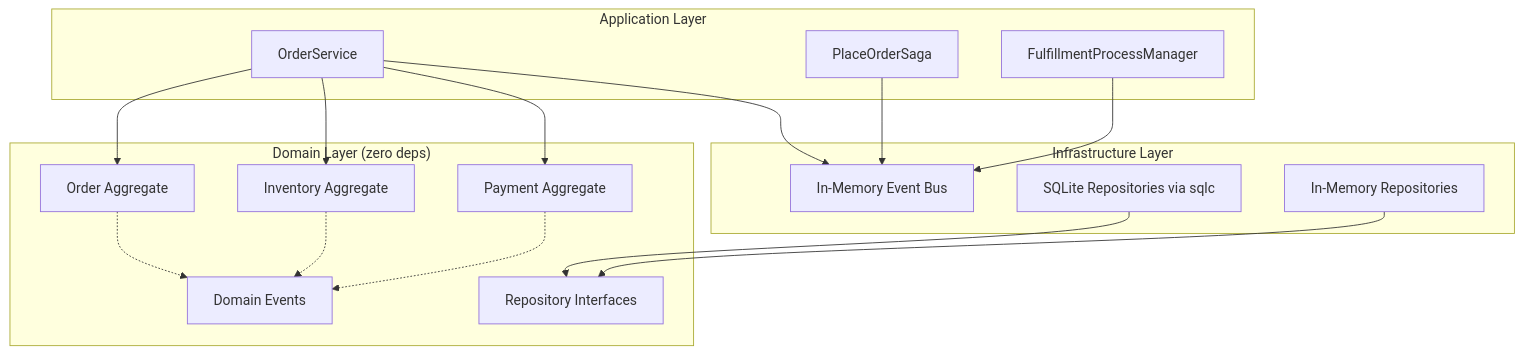
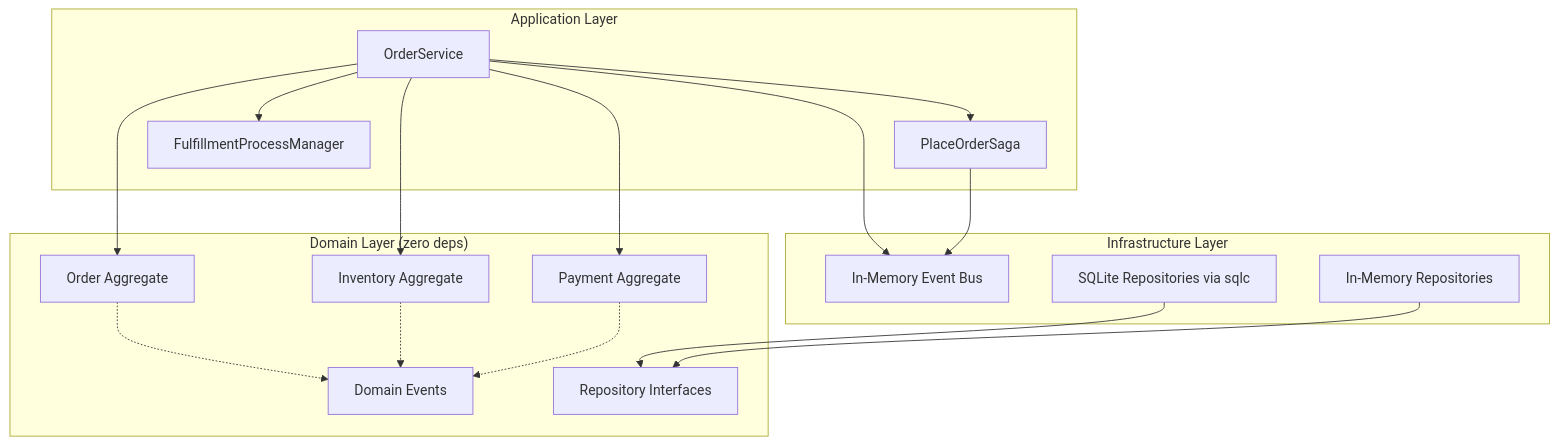
The diagram in PLAN.md (rodrigo-toledo/ddd-sandbox), drawn with Mermaid before and after one commit. The commit also changed other lines of this file and 3 other files, not shown here.

Commit message:
fix inconsistencies: docs, dead code, mermaid diagram

````diff
--- a/PLAN.md
+++ b/PLAN.md
@@ -57,34 +58,35 @@
 ```mermaid
 graph TD
     subgraph Domain["Domain Layer (zero deps)"]
         O[Order Aggregate]
         I[Inventory Aggregate]
         P[Payment Aggregate]
         E[Domain Events]
         RI[Repository Interfaces]
     end
 
     subgraph Application["Application Layer"]
         S[PlaceOrderSaga]
         PM[FulfillmentProcessManager]
         AS[OrderService]
     end
 
     subgraph Infrastructure["Infrastructure Layer"]
         EB[In-Memory Event Bus]
         SR[SQLite Repositories via sqlc]
         IM[In-Memory Repositories]
     end
 
     AS --> O
     AS --> I
     AS --> P
     AS --> EB
+    AS --> S
+    AS --> PM
     S --> EB
-    PM --> EB
     SR --> RI
     IM --> RI
     O -.-> E
     I -.-> E
     P -.-> E
 ```
````
